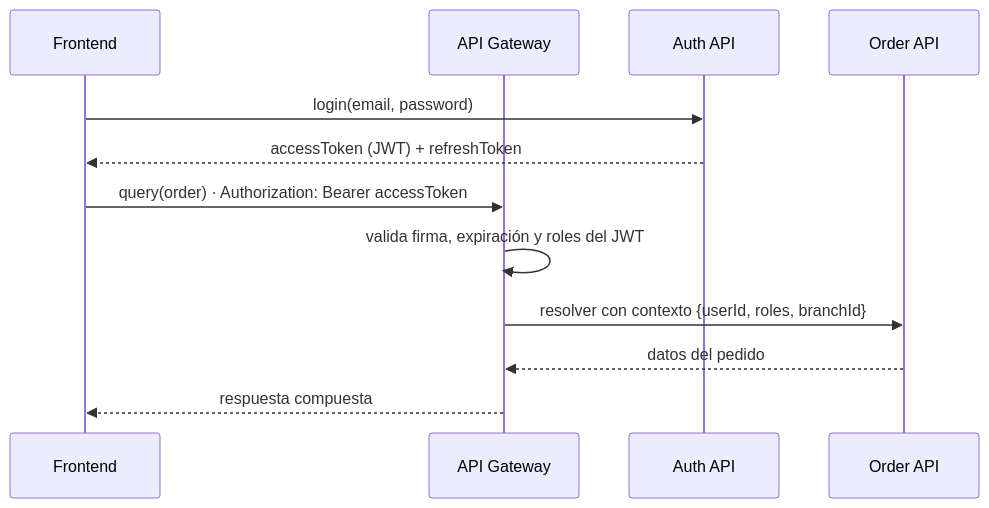
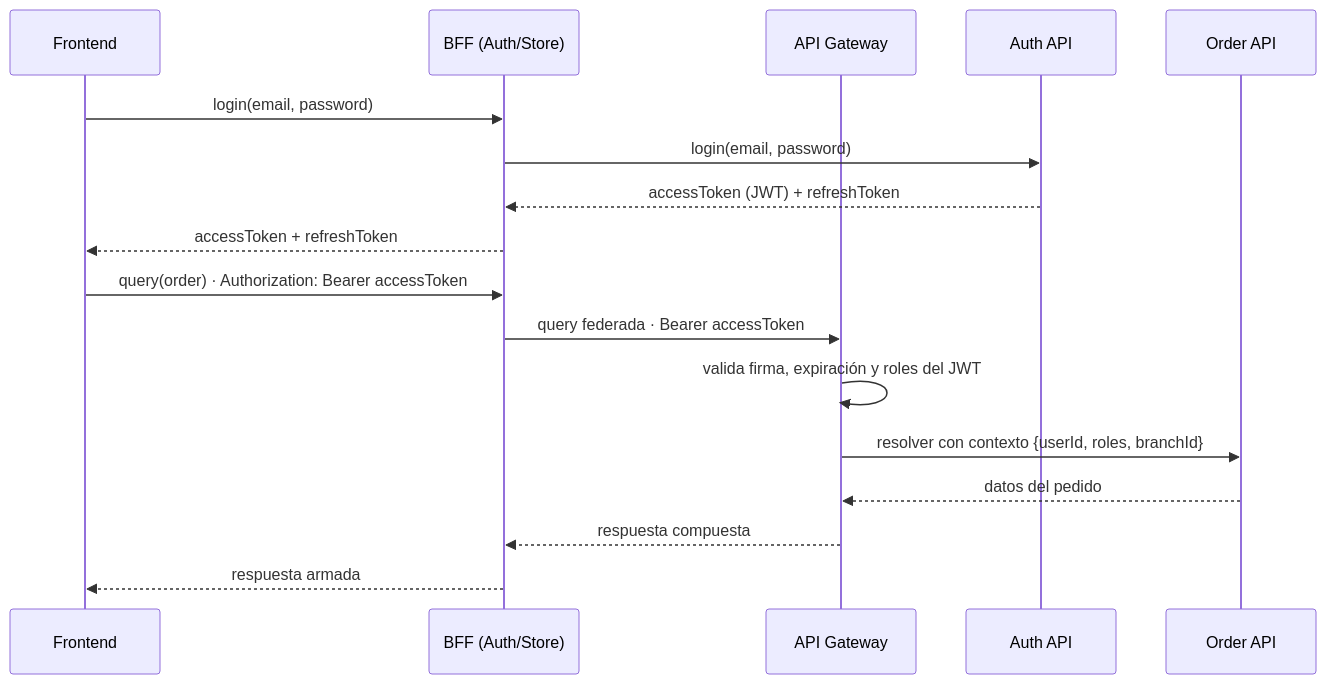
The third of 3 diagrams in plan/api/requerimientos-backend.md (thomasbarenghi/desa-apps-prueba), drawn with Mermaid before and after one commit. The commit also changed other lines of this file and 2 other files, not shown here.

First line of the commit message:
docs: update functional and backend requirements to reflect BFF architecture

````diff
--- a/plan/api/requerimientos-backend.md
+++ b/plan/api/requerimientos-backend.md
@@ -422,16 +467,21 @@
 ```mermaid
 sequenceDiagram
     participant F as Frontend
+    participant BFF as BFF (Auth/Store)
     participant GW as API Gateway
     participant A as Auth API
     participant O as Order API
 
-    F->>A: login(email, password)
-    A-->>F: accessToken (JWT) + refreshToken
+    F->>BFF: login(email, password)
+    BFF->>A: login(email, password)
+    A-->>BFF: accessToken (JWT) + refreshToken
+    BFF-->>F: accessToken + refreshToken
 
-    F->>GW: query(order) · Authorization: Bearer accessToken
+    F->>BFF: query(order) · Authorization: Bearer accessToken
+    BFF->>GW: query federada · Bearer accessToken
     GW->>GW: valida firma, expiración y roles del JWT
     GW->>O: resolver con contexto {userId, roles, branchId}
     O-->>GW: datos del pedido
-    GW-->>F: respuesta compuesta
+    GW-->>BFF: respuesta compuesta
+    BFF-->>F: respuesta armada
 ```
````
